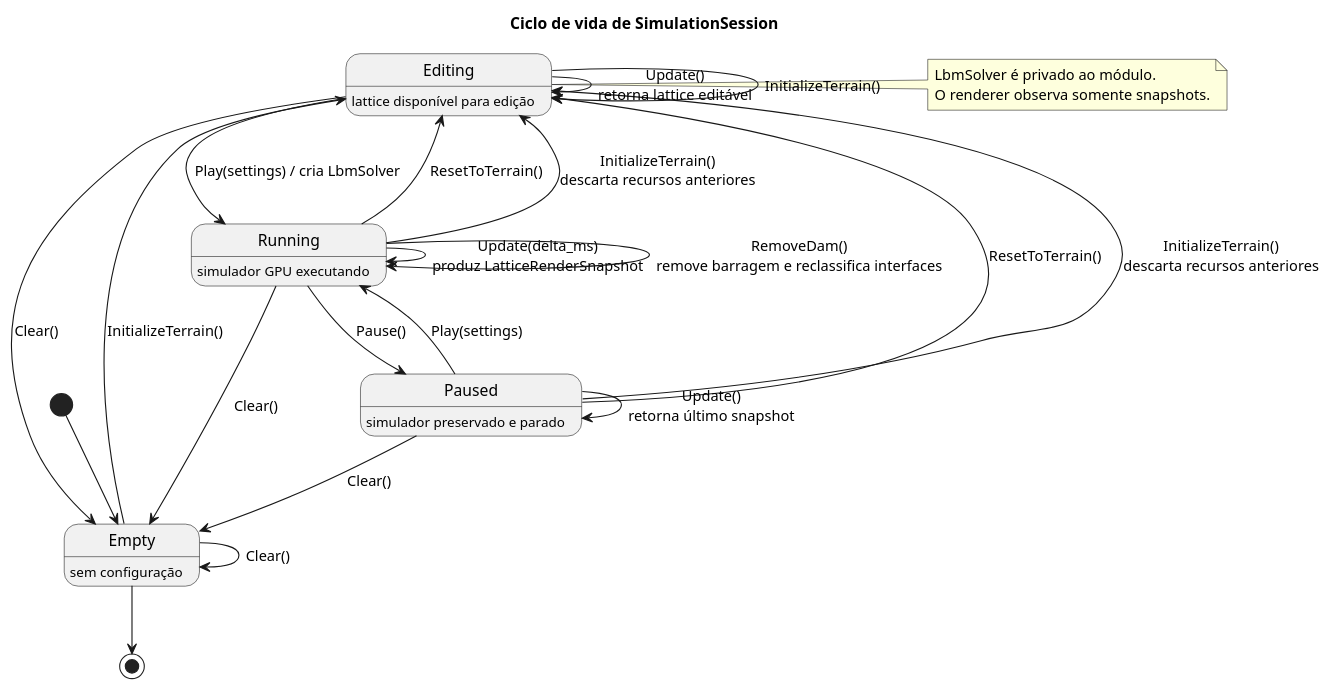
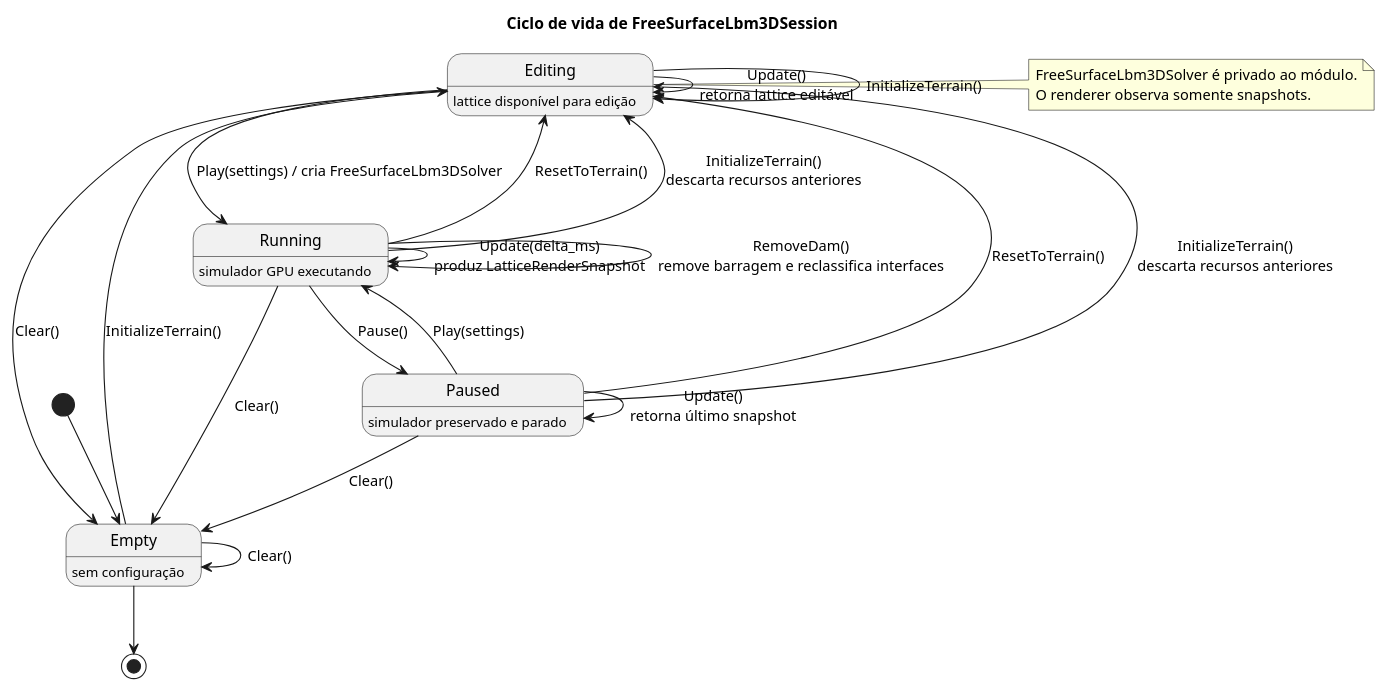
Before and after one commit to leandro-barcelos/rheo-lbm: the diagram in docs/uml/07-simulation-lifecycle.puml, drawn with PlantUML. The commit also changed 37 other files, not shown here.

```diff
--- a/docs/uml/07-simulation-lifecycle.puml
+++ b/docs/uml/07-simulation-lifecycle.puml
@@ -1,42 +1,42 @@
 @startuml
-title Ciclo de vida de SimulationSession
+title Ciclo de vida de FreeSurfaceLbm3DSession
 
 skinparam backgroundColor transparent
 skinparam shadowing false
 
 [*] --> Empty
 
 state Empty : sem configuração
 state Editing : lattice disponível para edição
 state Running : simulador GPU executando
 state Paused : simulador preservado e parado
 
 Empty --> Editing : InitializeTerrain()
-Editing --> Running : Play(settings) / cria LbmSolver
+Editing --> Running : Play(settings) / cria FreeSurfaceLbm3DSolver
 Running --> Paused : Pause()
 Paused --> Running : Play(settings)
 Running --> Editing : ResetToTerrain()
 Paused --> Editing : ResetToTerrain()
 
 Running --> Running : Update(delta_ms)\nproduz LatticeRenderSnapshot
 Running --> Running : RemoveDam()\nremove barragem e reclassifica interfaces
 Paused --> Paused : Update()\nretorna último snapshot
 Editing --> Editing : Update()\nretorna lattice editável
 
 Running --> Editing : InitializeTerrain()\ndescarta recursos anteriores
 Paused --> Editing : InitializeTerrain()\ndescarta recursos anteriores
 Editing --> Editing : InitializeTerrain()
 
 Empty --> Empty : Clear()
 Editing --> Empty : Clear()
 Running --> Empty : Clear()
 Paused --> Empty : Clear()
 
 Empty --> [*]
 
 note right of Editing
-  LbmSolver é privado ao módulo.
+  FreeSurfaceLbm3DSolver é privado ao módulo.
   O renderer observa somente snapshots.
 end note
 
 @enduml
```
